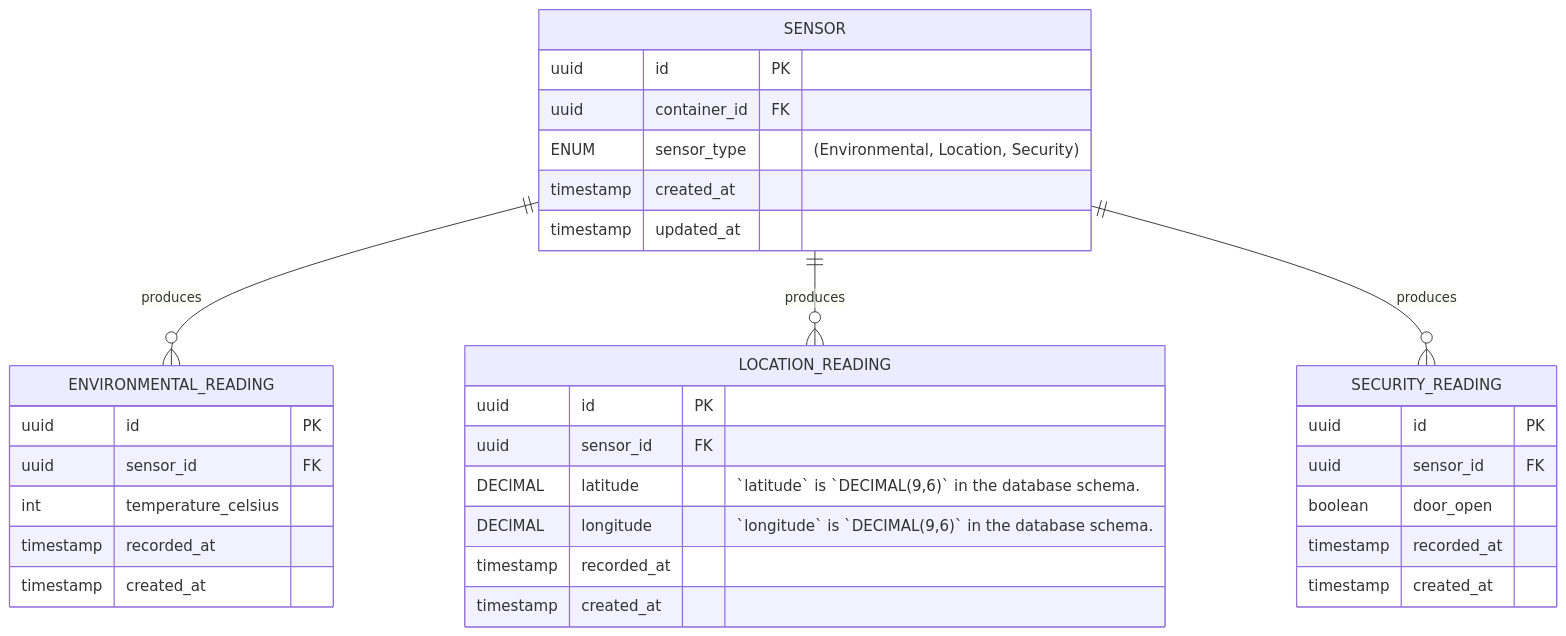
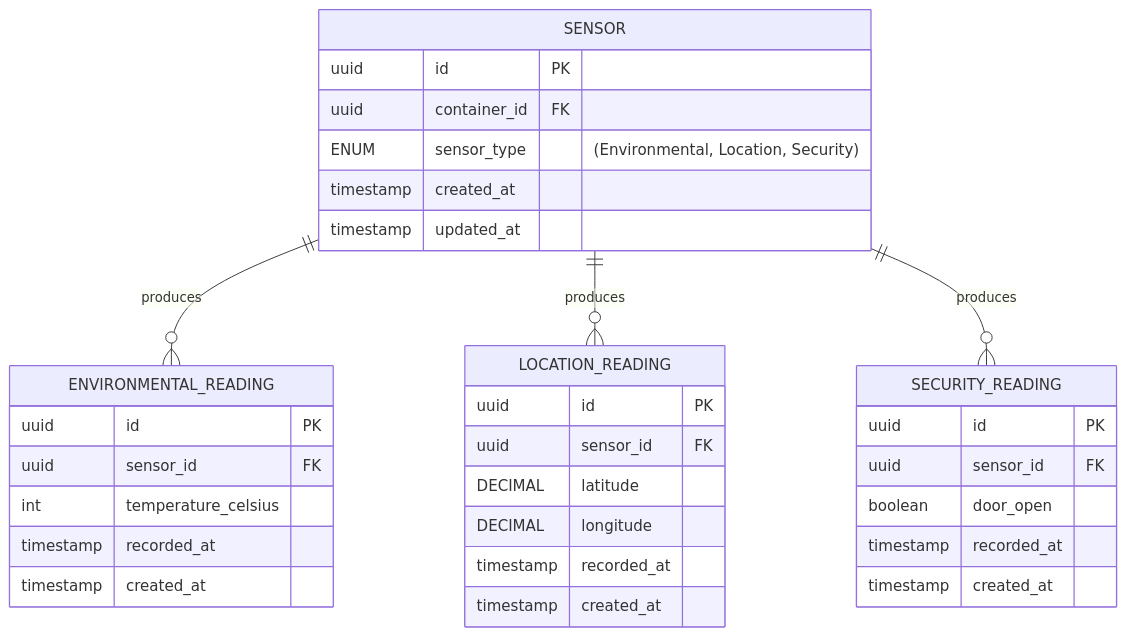
One commit to BadrChoubai/logistics-microservices changed the third of 3 diagrams in ARCHITECTURE.md. Above: the diagram before and after it, drawn with Mermaid. The commit also changed other lines of this file, not shown here.

````diff
--- a/ARCHITECTURE.md
+++ b/ARCHITECTURE.md
@@ -199,40 +199,40 @@
 ```mermaid
 erDiagram
     SENSOR {
         uuid            id PK
         uuid            container_id FK
         ENUM            sensor_type "(Environmental, Location, Security)"     
         timestamp       created_at
         timestamp       updated_at
 
     }
 
     ENVIRONMENTAL_READING {
         uuid            id PK
         uuid            sensor_id FK
         int             temperature_celsius
         timestamp       recorded_at
         timestamp       created_at
     }
 
     LOCATION_READING {
         uuid            id PK
         uuid            sensor_id FK
-        DECIMAL         latitude "`latitude` is `DECIMAL(9,6)` in the database schema."
-        DECIMAL         longitude "`longitude` is `DECIMAL(9,6)` in the database schema."
+        DECIMAL         latitude 
+        DECIMAL         longitude
         timestamp       recorded_at
         timestamp       created_at
     }
 
     SECURITY_READING {
         uuid            id PK
         uuid            sensor_id FK
         boolean         door_open
         timestamp       recorded_at
         timestamp       created_at
     }
 
     SENSOR ||--o{ ENVIRONMENTAL_READING : "produces"
     SENSOR ||--o{ LOCATION_READING : "produces"
     SENSOR ||--o{ SECURITY_READING : "produces"
 ```
````
